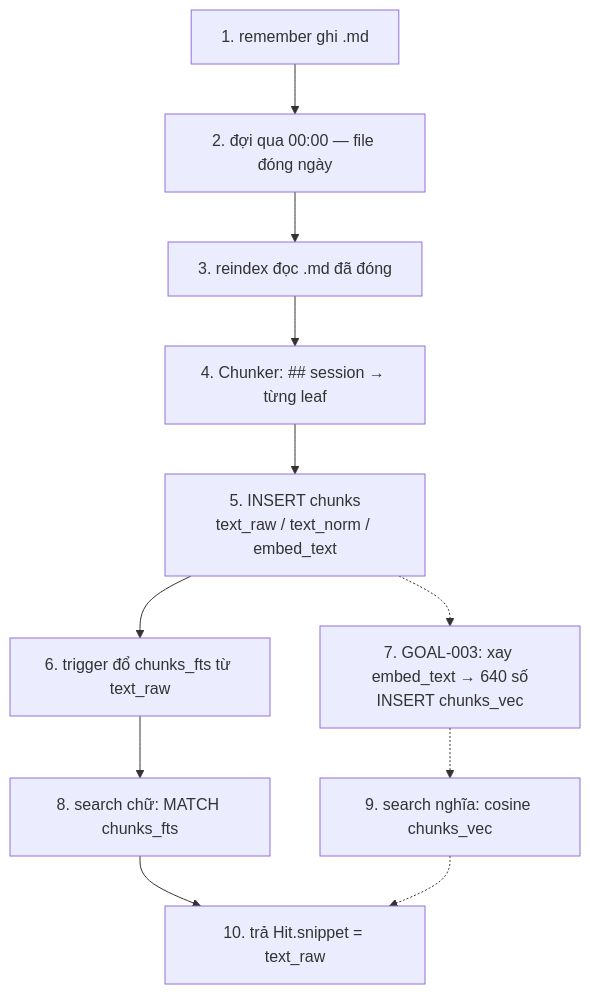
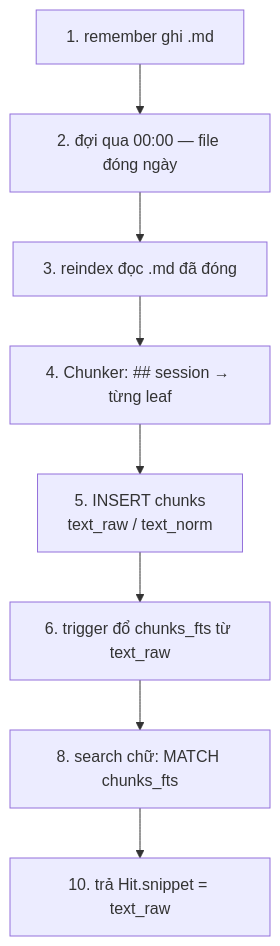
One commit to Flowerf19/thyca-ai changed the diagram in thyca/memory/README.md. Above: the diagram before and after it, drawn with Mermaid. The commit also changed other lines of this file and 23 other files, not shown here.

````diff
--- a/thyca/memory/README.md
+++ b/thyca/memory/README.md
@@ -31,15 +31,11 @@
 ```mermaid
 flowchart TD
   S1["1. remember ghi .md"] --> S2["2. đợi qua 00:00 — file đóng ngày"]
   S2 --> S3["3. reindex đọc .md đã đóng"]
   S3 --> S4["4. Chunker: ## session → từng leaf"]
   S4 --> S5["5. INSERT chunks
-text_raw / text_norm / embed_text"]
+text_raw / text_norm"]
   S5 --> S6["6. trigger đổ chunks_fts từ text_raw"]
-  S5 -.-> S7["7. GOAL-003: xay embed_text → 640 số
-INSERT chunks_vec"]
   S6 --> S8["8. search chữ: MATCH chunks_fts"]
-  S7 -.-> S9["9. search nghĩa: cosine chunks_vec"]
   S8 --> S10["10. trả Hit.snippet = text_raw"]
-  S9 -.-> S10
 ```
````
